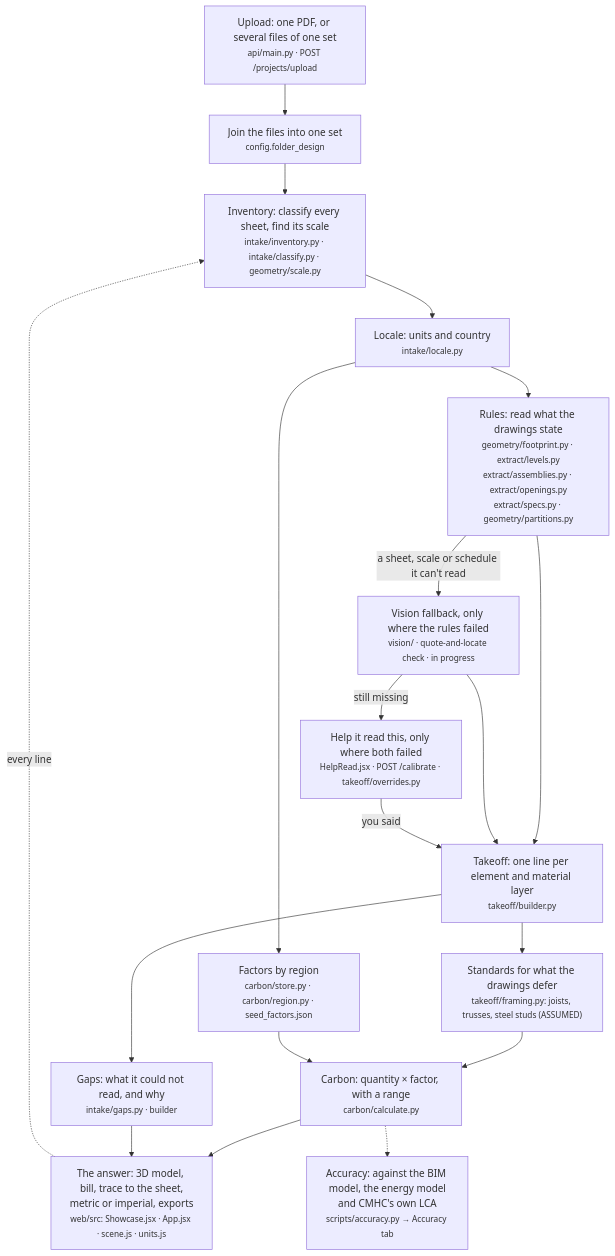
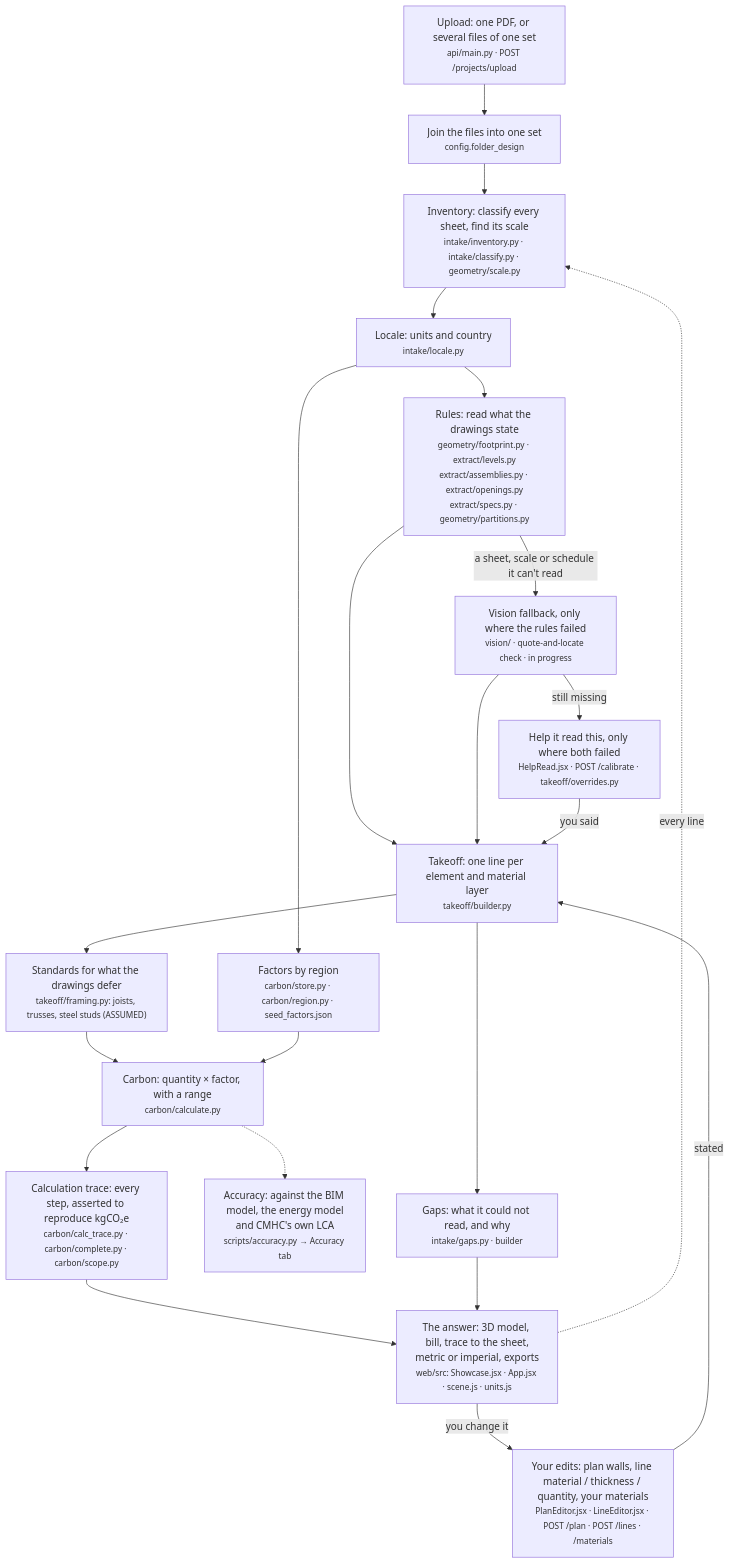
One commit to shivenlak/EmbodiedCarbon changed the diagram in docs/ARCHITECTURE.md. Above: the diagram before and after it, drawn with Mermaid. The commit also changed other lines of this file and 3 other files, not shown here.

First line of the commit message:
Submission: flowchart (SVG + PNG), README feature summary, architecture flow with calc trace and edits

````diff
--- a/docs/ARCHITECTURE.md
+++ b/docs/ARCHITECTURE.md
@@ -7,31 +11,34 @@
 ```mermaid
 flowchart TD
     U["Upload: one PDF, or several files of one set<br/><small>api/main.py · POST /projects/upload</small>"]
     J["Join the files into one set<br/><small>config.folder_design</small>"]
     I["Inventory: classify every sheet, find its scale<br/><small>intake/inventory.py · intake/classify.py · geometry/scale.py</small>"]
     L["Locale: units and country<br/><small>intake/locale.py</small>"]
     R["Rules: read what the drawings state<br/><small>geometry/footprint.py · extract/levels.py<br/>extract/assemblies.py · extract/openings.py<br/>extract/specs.py · geometry/partitions.py</small>"]
     V["Vision fallback, only where the rules failed<br/><small>vision/ · quote-and-locate check · in progress</small>"]
     H["Help it read this, only where both failed<br/><small>HelpRead.jsx · POST /calibrate · takeoff/overrides.py</small>"]
     T["Takeoff: one line per element and material layer<br/><small>takeoff/builder.py</small>"]
     S["Standards for what the drawings defer<br/><small>takeoff/framing.py: joists, trusses, steel studs (ASSUMED)</small>"]
     G["Gaps: what it could not read, and why<br/><small>intake/gaps.py · builder</small>"]
     F["Factors by region<br/><small>carbon/store.py · carbon/region.py · seed_factors.json</small>"]
     C["Carbon: quantity × factor, with a range<br/><small>carbon/calculate.py</small>"]
     UI["The answer: 3D model, bill, trace to the sheet,<br/>metric or imperial, exports<br/><small>web/src: Showcase.jsx · App.jsx · scene.js · units.js</small>"]
     A["Accuracy: against the BIM model, the energy model<br/>and CMHC's own LCA<br/><small>scripts/accuracy.py → Accuracy tab</small>"]
 
     U --> J --> I --> L --> R
     R -- "a sheet, scale or schedule it can't read" --> V
     V -- "still missing" --> H
     R --> T
     V --> T
     H -- "you said" --> T
     T --> S --> C
     T --> G
     L --> F --> C
-    C --> UI
+    CT["Calculation trace: every step, asserted to reproduce kgCO₂e<br/><small>carbon/calc_trace.py · carbon/complete.py · carbon/scope.py</small>"]
+    E["Your edits: plan walls, line material / thickness / quantity, your materials<br/><small>PlanEditor.jsx · LineEditor.jsx · POST /plan · POST /lines · /materials</small>"]
+    C --> CT --> UI
+    UI -- "you change it" --> E -- "stated" --> T
     G --> UI
     UI -. "every line" .-> I
     C -.-> A
 ```
````
